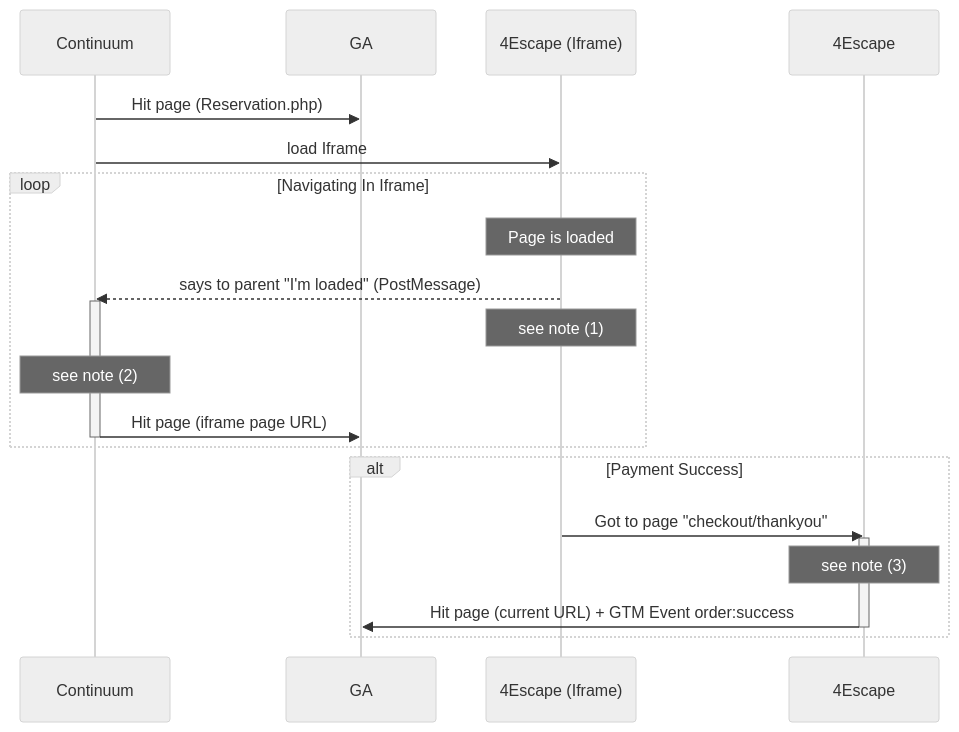
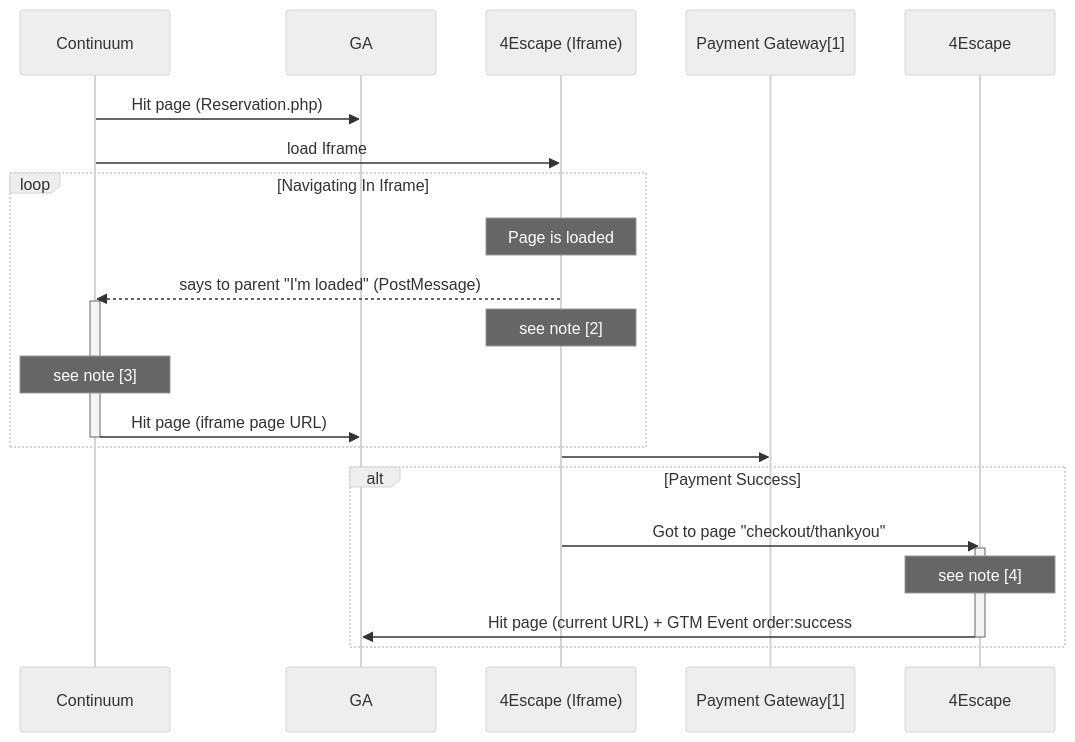
One commit to NansPellicari/stackEdit changed the diagram in doc/continuum/Sequence-session.md. Above: the diagram before and after it, drawn with Mermaid (neutral theme). The commit also changed other lines of this file, not shown here.

Commit message:
doc/continuum/Sequence-session.md updated from https://stackedit.io/

````diff
--- a/doc/continuum/Sequence-session.md
+++ b/doc/continuum/Sequence-session.md
@@ -1,21 +1,22 @@
 ```mermaid
 sequenceDiagram
 Continuum->>GA: Hit page (Reservation.php) 
 Continuum->>4Escape (Iframe): load Iframe 
 loop Navigating In Iframe
 	Note over 4Escape (Iframe): Page is loaded
 	4Escape (Iframe)-->>Continuum: says to parent "I'm loaded" (PostMessage)
 	activate Continuum
-	Note over 4Escape (Iframe): see note (1)
-	Note over Continuum: see note (2)
+	Note over 4Escape (Iframe): see note  [2]
+	Note over Continuum: see note [3]
 	Continuum->>GA: Hit page (iframe page URL)
 	deactivate Continuum
 end
+4Escape (Iframe)->>Payment Gateway[1]: 
 alt Payment Success
 	4Escape (Iframe)->>4Escape: Got to page "checkout/thankyou"
 	activate 4Escape
-	Note over 4Escape: see note (3)
+	Note over 4Escape: see note [4]
 	4Escape->>GA: Hit page (current URL) + GTM Event order:success
 	deactivate 4Escape
 end
 ```
````
